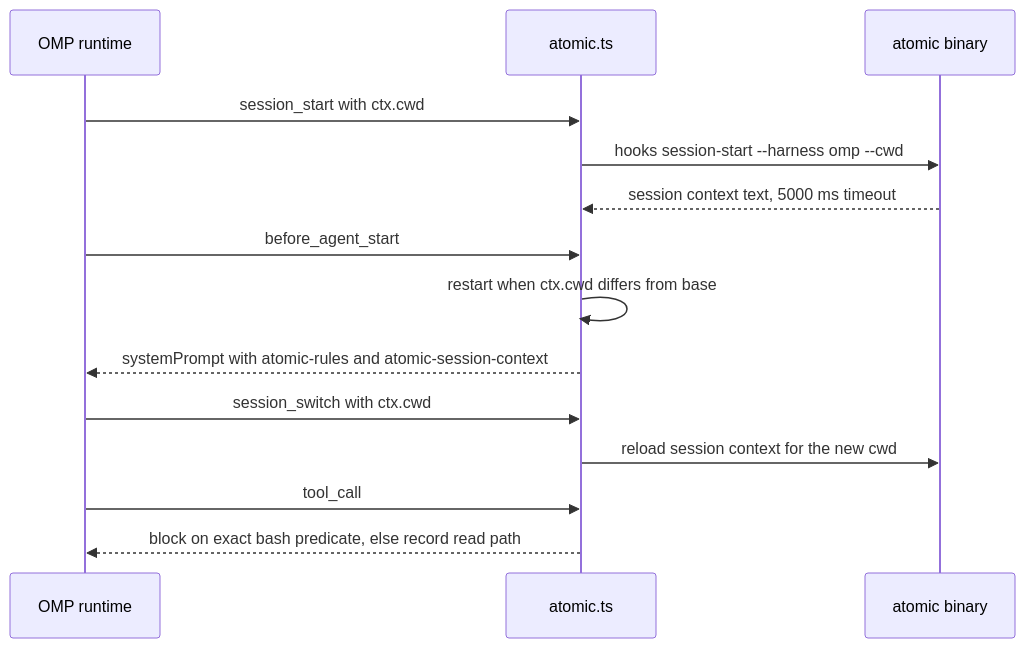
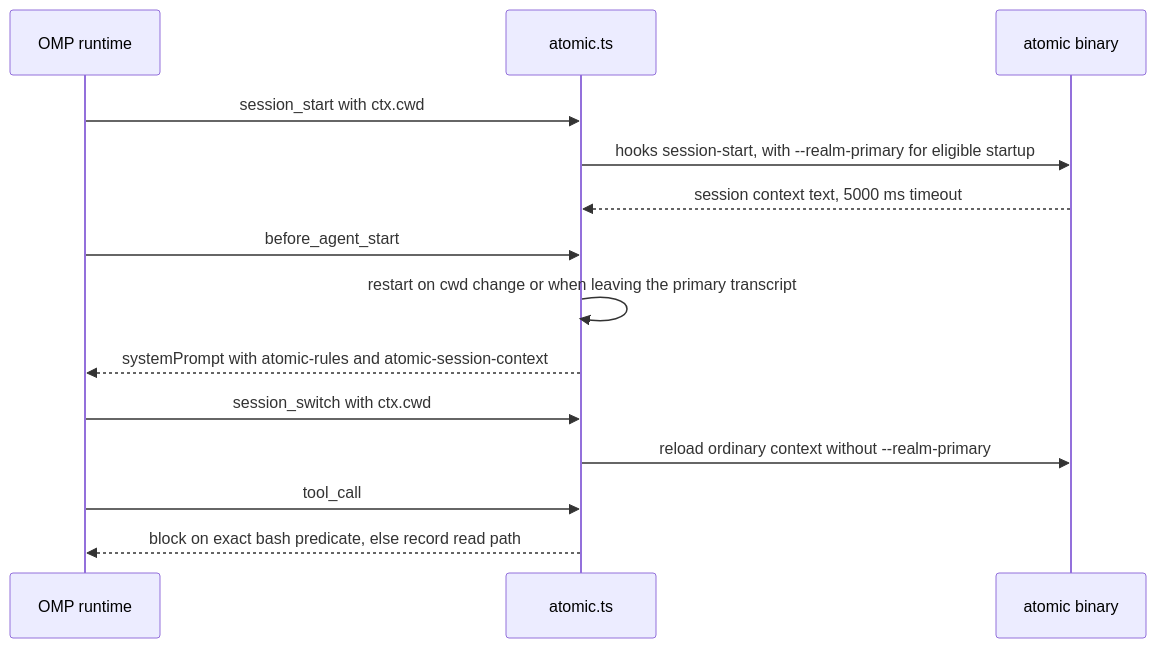
One commit to damusix/atomic-claude changed the eighth of 15 diagrams in docs/wiki/harness.md. Above: the diagram before and after it, drawn with Mermaid. The commit also changed other lines of this file and 145 other files, not shown here.

````diff
--- a/docs/wiki/harness.md
+++ b/docs/wiki/harness.md
@@ -277,17 +277,17 @@
 ```mermaid
 sequenceDiagram
     %% source: atomic/internal/harness/omp/extension.go, atomic/internal/harness/omp/session.go
     participant O as OMP runtime
     participant X as atomic.ts
     participant A as atomic binary
     O->>X: session_start with ctx.cwd
-    X->>A: hooks session-start --harness omp --cwd
+    X->>A: hooks session-start, with --realm-primary for eligible startup
     A-->>X: session context text, 5000 ms timeout
     O->>X: before_agent_start
-    X->>X: restart when ctx.cwd differs from base
+    X->>X: restart on cwd change or when leaving the primary transcript
     X-->>O: systemPrompt with atomic-rules and atomic-session-context
     O->>X: session_switch with ctx.cwd
-    X->>A: reload session context for the new cwd
+    X->>A: reload ordinary context without --realm-primary
     O->>X: tool_call
     X-->>O: block on exact bash predicate, else record read path
 ```
````
